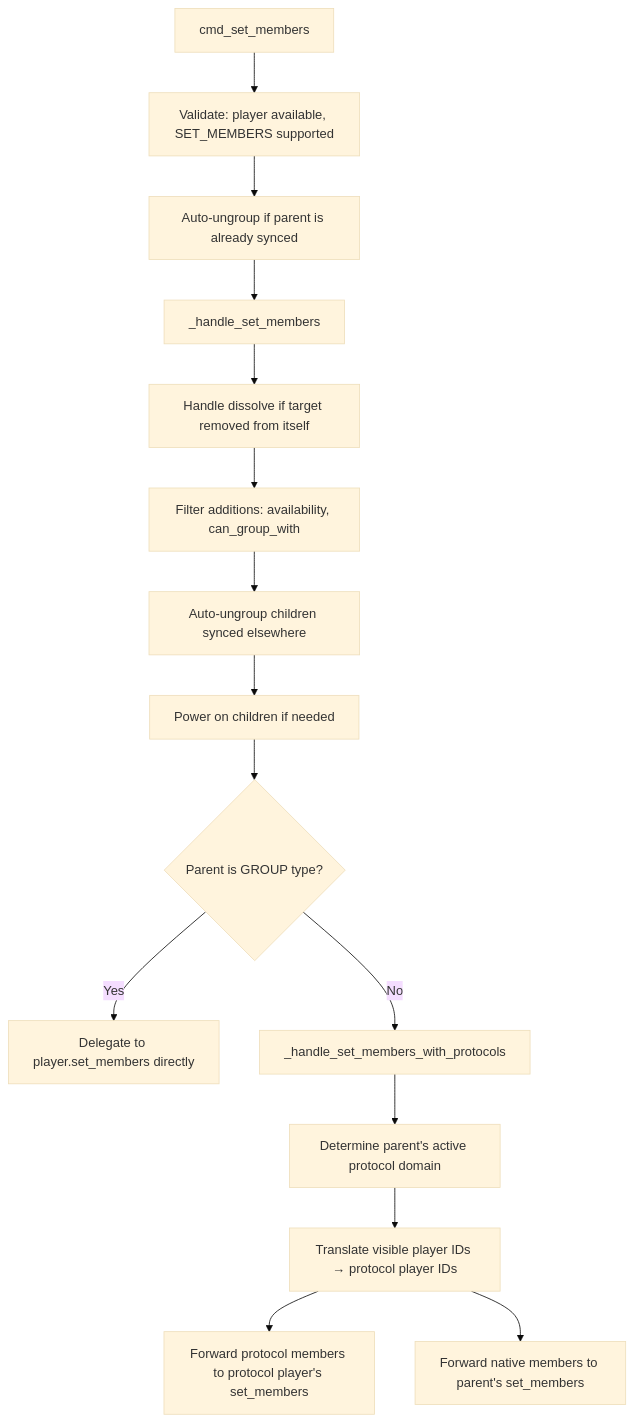
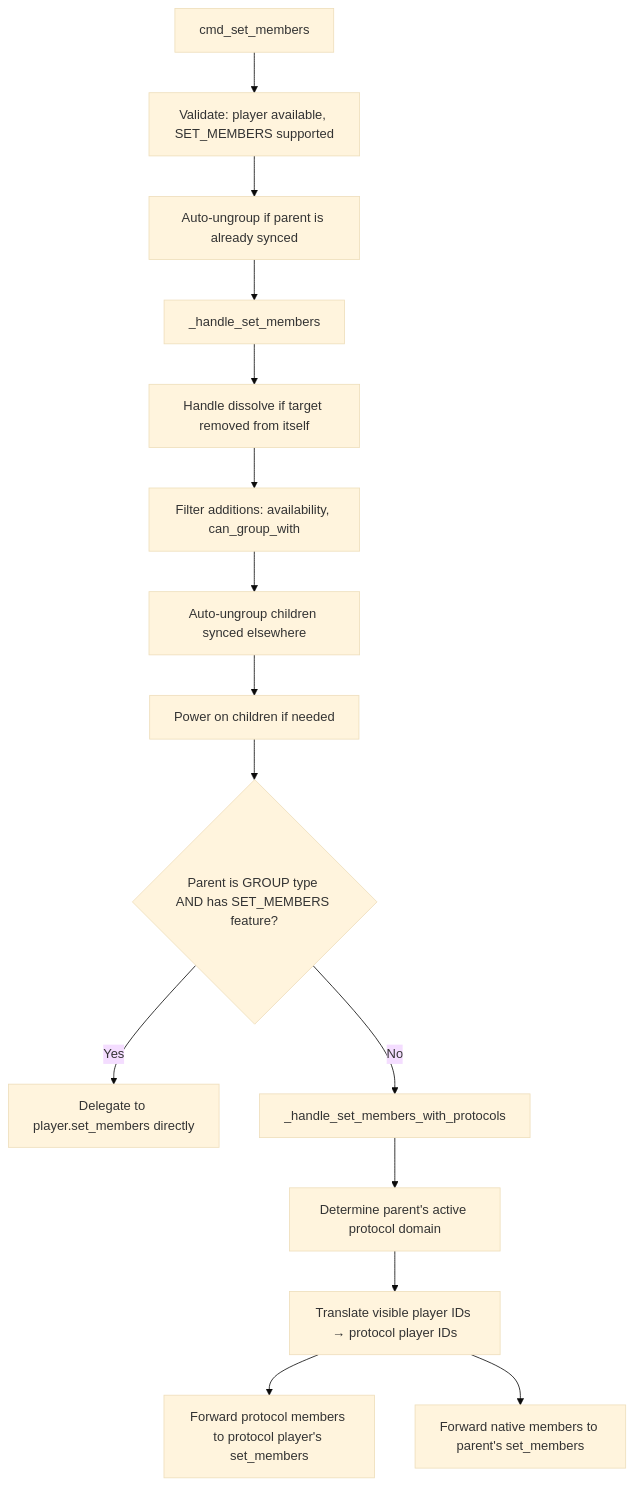
The third of 4 diagrams in docs/architecture/06-grouping.md (theturtle32/music-assistant-server), drawn with Mermaid (base theme) before and after one commit. The commit also changed other lines of this file and 13 other files, not shown here.

````diff
--- a/docs/architecture/06-grouping.md
+++ b/docs/architecture/06-grouping.md
@@ -273,17 +273,17 @@
 ```mermaid
 flowchart TD
     A[cmd_set_members] --> B[Validate: player available, SET_MEMBERS supported]
     B --> C[Auto-ungroup if parent is already synced]
     C --> D[_handle_set_members]
     D --> E[Handle dissolve if target removed from itself]
     E --> F[Filter additions: availability, can_group_with]
     F --> G[Auto-ungroup children synced elsewhere]
     G --> H[Power on children if needed]
-    H --> I{Parent is GROUP type?}
+    H --> I{"Parent is GROUP type AND has SET_MEMBERS feature?"}
     I -- Yes --> J[Delegate to player.set_members directly]
     I -- No --> K[_handle_set_members_with_protocols]
     K --> L[Determine parent's active protocol domain]
     L --> M[Translate visible player IDs → protocol player IDs]
     M --> N[Forward protocol members to protocol player's set_members]
     M --> O[Forward native members to parent's set_members]
 ```
````
